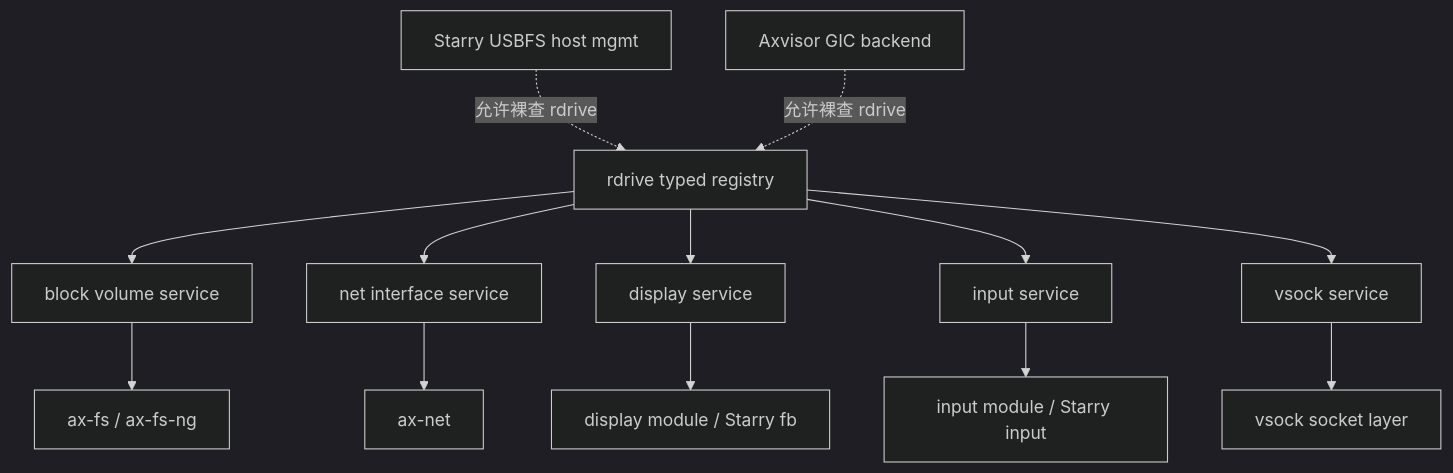
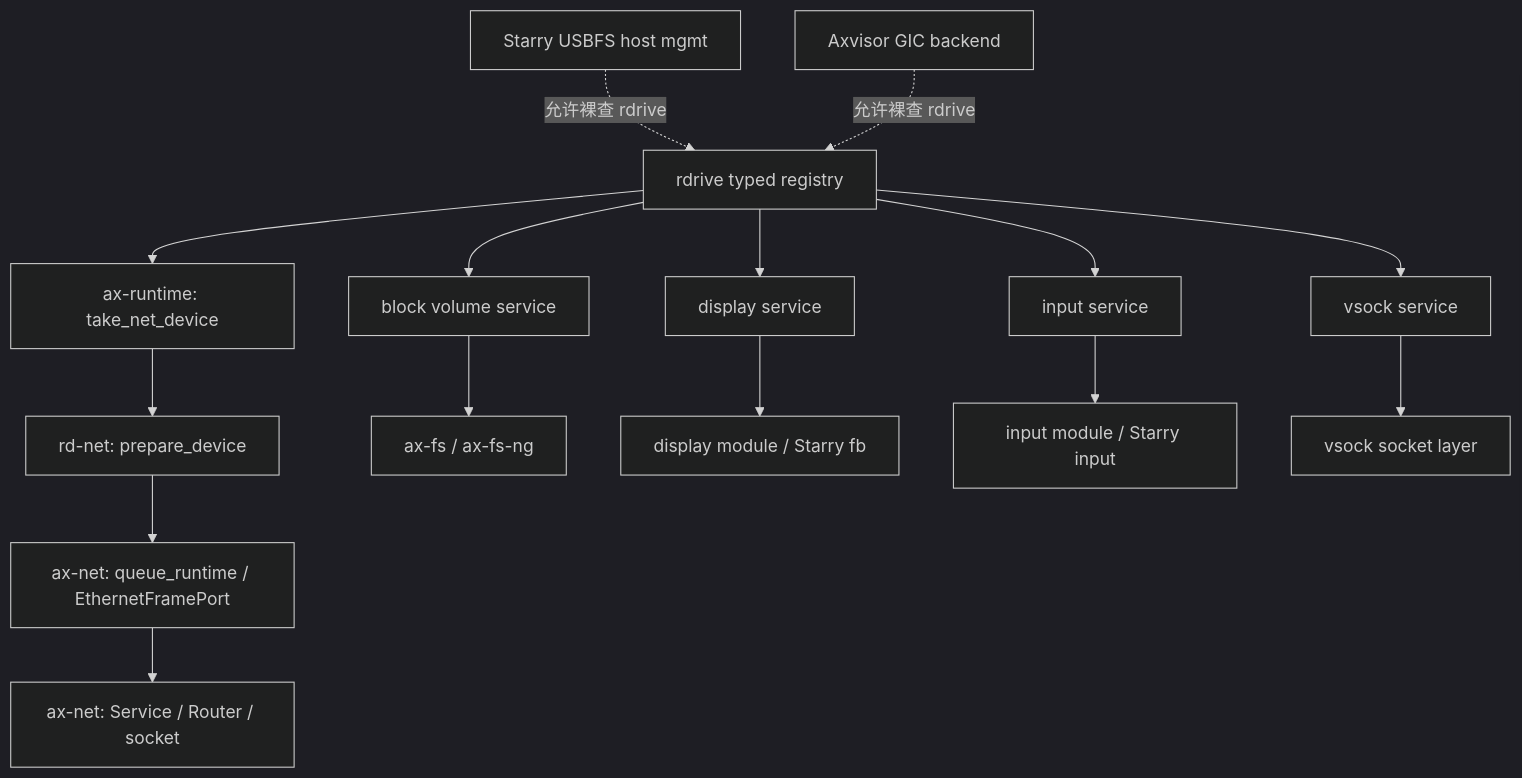
One commit to rcore-os/tgoskits changed the diagram in docs/docs/architecture/driver/services.md. Above: the diagram before and after it, drawn with Mermaid (dark theme). The commit also changed other lines of this file and 10 other files, not shown here.

First line of the commit message:
Refactor network driver architecture and update documentation

````diff
--- a/docs/docs/architecture/driver/services.md
+++ b/docs/docs/architecture/driver/services.md
@@ -22,17 +22,19 @@
 ```mermaid
 flowchart TB
     Rdrive["rdrive typed registry"] --> BlockSvc["block volume service"]
-    Rdrive --> NetSvc["net interface service"]
+    Rdrive --> NetTake["ax-runtime: take_net_device"]
+    NetTake --> NetPrepare["rd-net: prepare_device"]
+    NetPrepare --> NetSvc["ax-net: queue_runtime / EthernetFramePort"]
     Rdrive --> DispSvc["display service"]
     Rdrive --> InSvc["input service"]
     Rdrive --> VsSvc["vsock service"]
 
     BlockSvc --> Fs["ax-fs / ax-fs-ng"]
-    NetSvc --> AxNet["ax-net"]
+    NetSvc --> AxNet["ax-net: Service / Router / socket"]
     DispSvc --> Display["display module / Starry fb"]
     InSvc --> Input["input module / Starry input"]
     VsSvc --> Vsock["vsock socket layer"]
 
     Usbfs["Starry USBFS host mgmt"] -.->|"允许裸查 rdrive"| Rdrive
     AxvisorHal["Axvisor GIC backend"] -.->|"允许裸查 rdrive"| Rdrive
 ```
````
